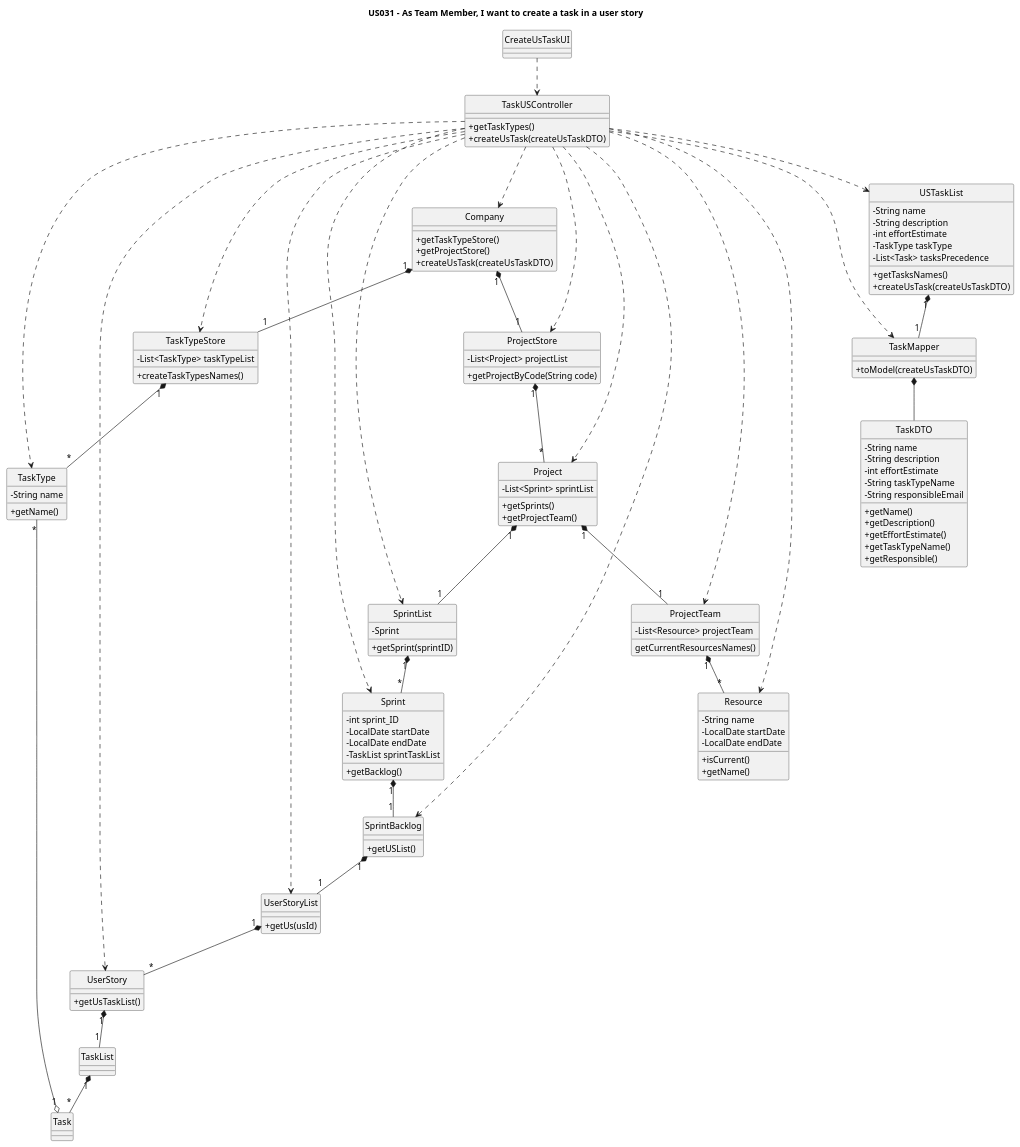
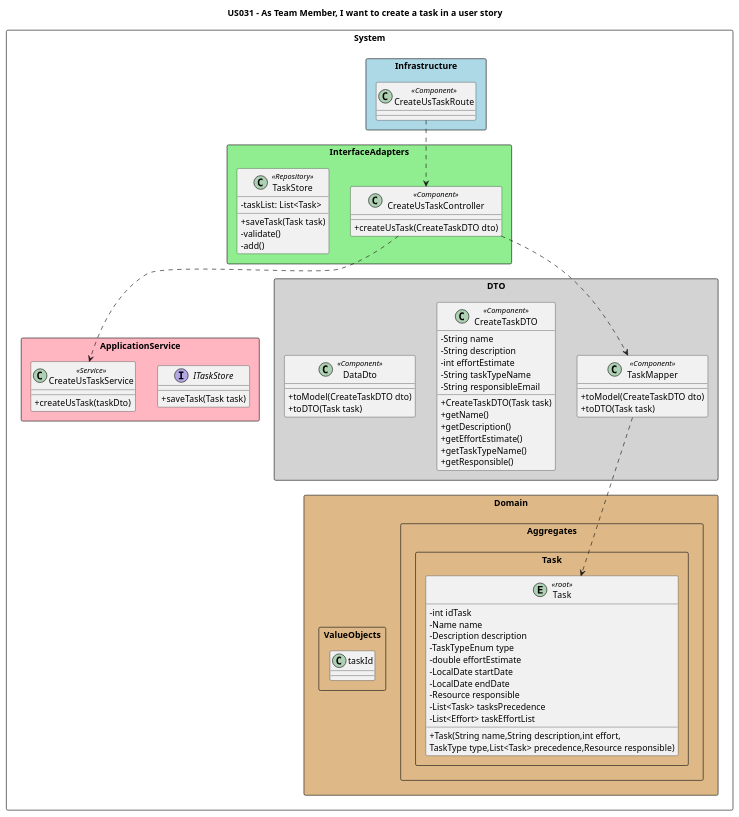
One commit to nunogon1211787/projectManagement changed the diagram in docs/Sprint3/US031/US031-CD.puml. Above: the diagram before and after it, drawn with PlantUML. The commit also changed 152 other files, not shown here.

```diff
--- a/docs/Sprint3/US031/US031-CD.puml
+++ b/docs/Sprint3/US031/US031-CD.puml
@@ -1,160 +1,107 @@
 @startuml
 'https://plantuml.com/class-diagram
 
 skinparam classAttributeIconSize 0
-hide circle
+'hide circle
 
 title US031 - As Team Member, I want to create a task in a user story
 
-class CreateUsTaskUI{}
 
-class TaskUSController{
-+getTaskTypes()
-+createUsTask(createUsTaskDTO)
+package System <<Rectangle>>{
+
+package Infrastructure <<Rectangle>> #lightblue {
+class "CreateUsTaskRoute" as route<<Component>>{
+}
 }
 
-class Company{
-+getTaskTypeStore()
-+getProjectStore()
-+createUsTask(createUsTaskDTO)
+package InterfaceAdapters <<Rectangle>> #lightgreen{
+class "CreateUsTaskController" as ctrl <<Component>>{
++createUsTask(CreateTaskDTO dto)
 }
 
-class TaskTypeStore{
--List<TaskType> taskTypeList
-+createTaskTypesNames()
+class "TaskStore" as store <<Repository>>{
+-taskList: List<Task>
++saveTask(Task task)
+-validate()
+-add()
+}
 }
 
-class TaskType{
--String name
-+getName()
+package ApplicationService <<Rectangle>> #lightpink{
+interface "ITaskStore" as istore {
++saveTask(Task task)
 }
 
-class ProjectStore{
--List<Project> projectList
-+getProjectByCode(String code)
+class "CreateUsTaskService" as service <<Service>>{
++createUsTask(taskDto)
+}
 }
 
-class Project{
--List<Sprint> sprintList
-+getSprints()
-+getProjectTeam()
+package Domain <<Rectangle>> #burlywood{
+
+package Aggregates <<Rectangle>>{
+
+package Task <<Rectangle>>{
+
+entity "Task" as task <<root>>{
+-int idTask
+-Name name
+-Description description
+-TaskTypeEnum type
+-double effortEstimate
+-LocalDate startDate
+-LocalDate endDate
+-Resource responsible
+-List<Task> tasksPrecedence
+-List<Effort> taskEffortList
++Task(String name,String description,int effort,\nTaskType type,List<Task> precedence,Resource responsible)
 }
 
-class SprintList{
--Sprint
-+getSprint(sprintID)
+}
+}
+package ValueObjects <<Rectangle>>{
+class taskId{
+}
+}
 }
 
-class Sprint{
--int sprint_ID
--LocalDate startDate
--LocalDate endDate
--TaskList sprintTaskList
-+getBacklog()
+package DTO <<Rectangle>> #lightgray {
+
+class "TaskMapper" as mapper <<Component>>{
++toModel(CreateTaskDTO dto)
++toDTO(Task task)
 }
 
-class SprintBacklog{
-+getUSList()
-}
-
-class UserStoryList {
-+getUs(usId)
-}
-
-class UserStory{
-+getUsTaskList()
-}
-
-class USTaskList{
--String name
--String description
--int effortEstimate
--TaskType taskType
--List<Task> tasksPrecedence
-+getTasksNames()
-+createUsTask(createUsTaskDTO)
-}
-
-
-class ProjectTeam{
--List<Resource> projectTeam
-getCurrentResourcesNames()
-}
-
-class Resource{
--String name
--LocalDate startDate
--LocalDate endDate
-+isCurrent()
-+getName()
-}
-
-class TaskMapper{
-+toModel(createUsTaskDTO)
-}
-
-class TaskDTO{
+class CreateTaskDTO <<Component>>{
 -String name
 -String description
 -int effortEstimate
 -String taskTypeName
 -String responsibleEmail
++CreateTaskDTO(Task task)
 +getName()
 +getDescription()
 +getEffortEstimate()
 +getTaskTypeName()
 +getResponsible()
 }
 
-CreateUsTaskUI ..> TaskUSController
+class DataDto <<Component>> {
++toModel(CreateTaskDTO dto)
++toDTO(Task task)
+}
+}
+}
+
+route .d.> ctrl
+
+ctrl .d.> service
+ctrl .d.> mapper
 
 
-TaskUSController ..> Company
-TaskUSController ..> TaskTypeStore
-TaskUSController ..> TaskType
-TaskUSController ..> ProjectStore
-TaskUSController ..> Project
-TaskUSController ..> SprintList
-TaskUSController ..> Sprint
-TaskUSController ..> SprintBacklog
-TaskUSController ..> UserStoryList
-TaskUSController ..> UserStory
-TaskUSController ..> USTaskList
-TaskUSController ..> ProjectTeam
-TaskUSController ..> Resource
-TaskUSController ..> TaskMapper
+mapper ..> task
 
 
 
-Company "1" *-- "1" TaskTypeStore
-Company "1" *-- "1" ProjectStore
-
-
-TaskTypeStore "1" *-- "*" TaskType
-
-TaskType "*" --o "1" Task
-
-ProjectStore "1" *-- "*" Project
-
-Project "1" *-- "1" SprintList
-Project "1" *-- "1" ProjectTeam
-
-SprintList "1" *-- "*" Sprint
-
-Sprint "1" *-- "1" SprintBacklog
-
-SprintBacklog "1" *-- "1" UserStoryList
-
-UserStoryList "1" *-- "*" UserStory
-
-UserStory "1" *-- "1" TaskList
-
-TaskList "1" *-- "*" Task
-
-ProjectTeam "1" *-- "*" Resource
-
-USTaskList "1" *-- "1" TaskMapper
-
-TaskMapper *-- TaskDTO
 
 @enduml
```
